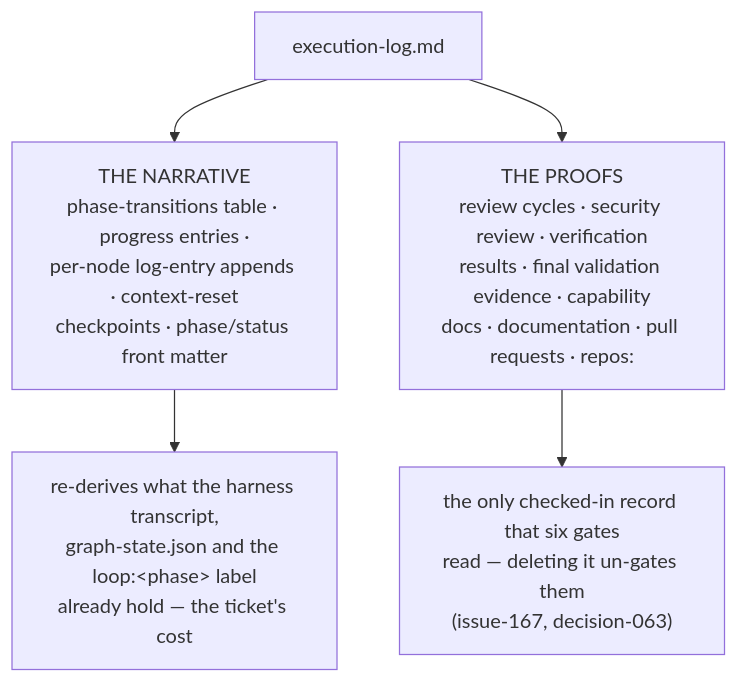
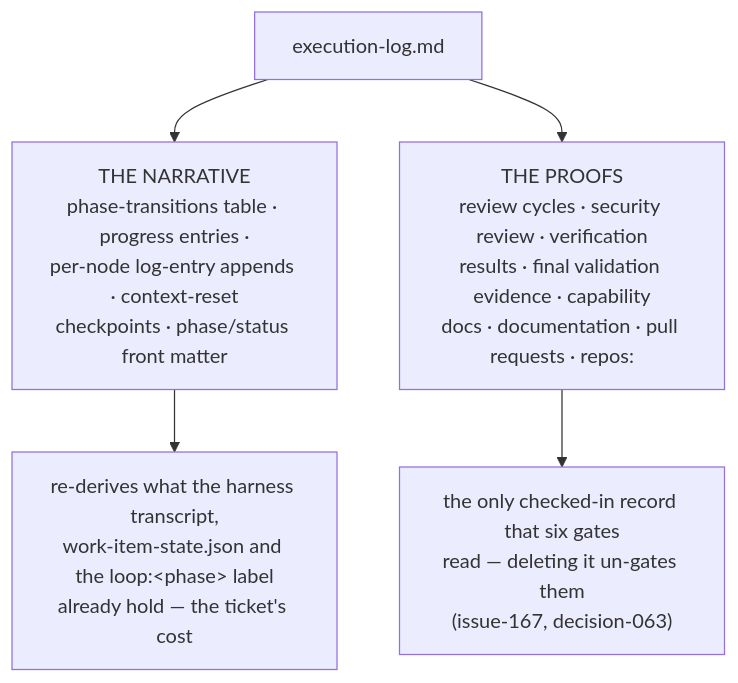
One commit to MadaraUchiha-314/the-loop changed the diagram in docs/specs/issue-365/requirements.md. Above: the diagram before and after it, drawn with Mermaid. The commit also changed other lines of this file and 89 other files, not shown here.

First line of the commit message:
refactor(issue-365)!: the state file is the work item's, and `repos` is the gate's

````diff
--- a/docs/specs/issue-365/requirements.md
+++ b/docs/specs/issue-365/requirements.md
@@ -28,7 +33,7 @@
 ```mermaid
 flowchart TB
     L["execution-log.md"] --> N["THE NARRATIVE<br/>phase-transitions table · progress entries ·<br/>per-node log-entry appends · context-reset<br/>checkpoints · phase/status front matter"]
     L --> P["THE PROOFS<br/>review cycles · security review · verification<br/>results · final validation evidence · capability<br/>docs · documentation · pull requests · repos:"]
-    N --> NC["re-derives what the harness transcript,<br/>graph-state.json and the loop:&lt;phase&gt; label<br/>already hold — the ticket's cost"]
+    N --> NC["re-derives what the harness transcript,<br/>work-item-state.json and the loop:&lt;phase&gt; label<br/>already hold — the ticket's cost"]
     P --> PC["the only checked-in record that six gates<br/>read — deleting it un-gates them<br/>(issue-167, decision-063)"]
 ```
````
